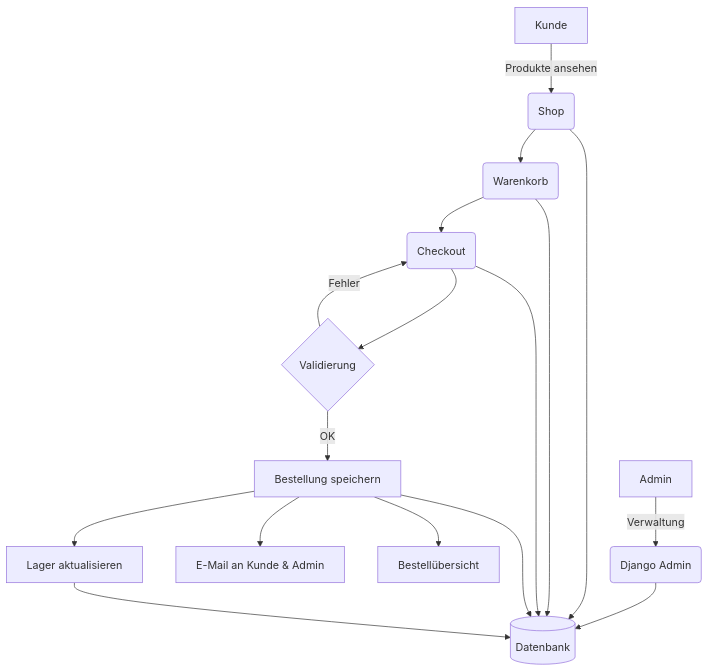
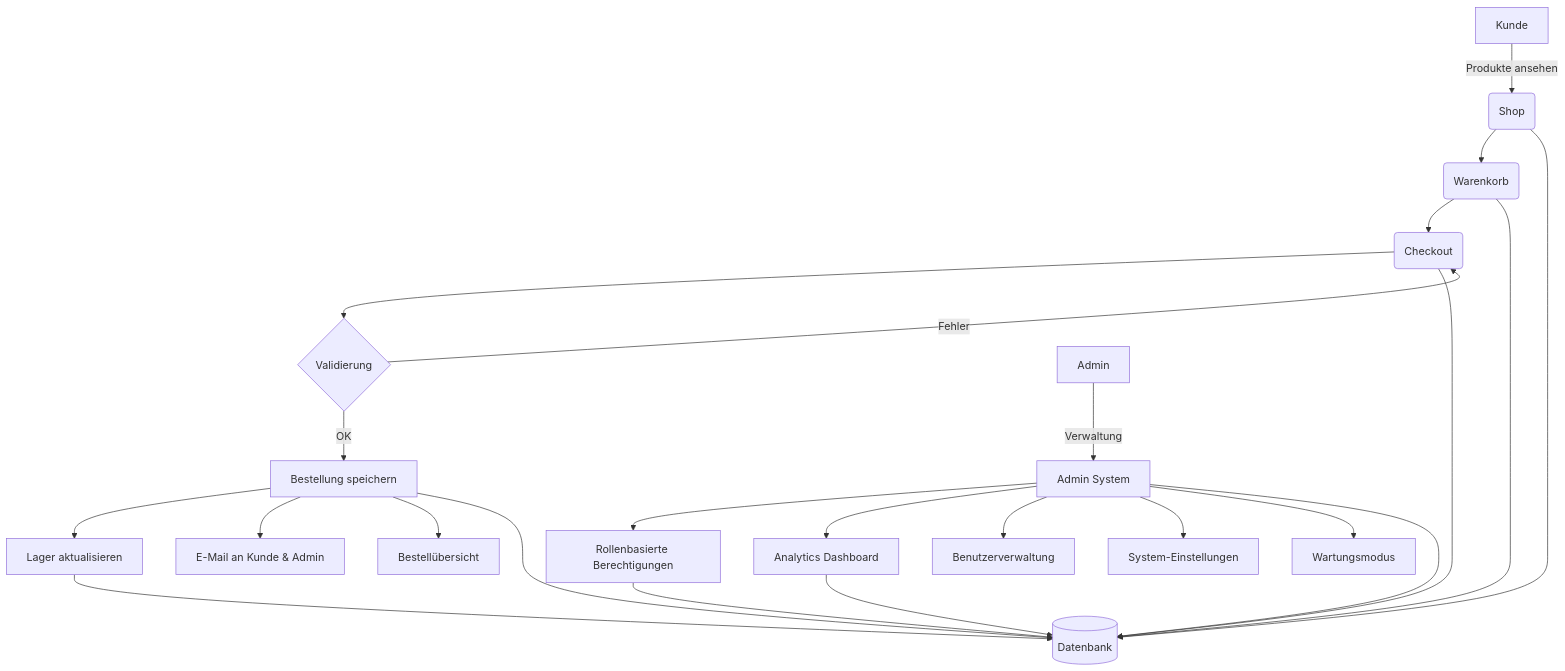
Before and after one commit to andreaseirich/honey-treasures: the diagram in docs/ARCHITEKTUR.md, drawn with Mermaid. The commit also changed other lines of this file and 4 other files, not shown here.

First line of the commit message:
docs: Erweiterte Admin-System Dokumentation

````diff
--- a/docs/ARCHITEKTUR.md
+++ b/docs/ARCHITEKTUR.md
@@ -19,19 +20,28 @@
 ```mermaid
 graph TD
     U[Kunde] -->|"Produkte ansehen"| S(Shop)
     S --> W(Warenkorb)
     W --> C(Checkout)
     C --> V{Validierung}
     V -- OK --> B[Bestellung speichern]
     B --> L[Lager aktualisieren]
     B --> E[E-Mail an Kunde & Admin]
     B --> O[Bestellübersicht]
     V -- Fehler --> C
-    A[Admin] -->|"Verwaltung"| D(Django Admin)
-    D --> DB[(Datenbank)]
+    
+    A[Admin] -->|"Verwaltung"| AS[Admin System]
+    AS --> RB[Rollenbasierte Berechtigungen]
+    AS --> AD[Analytics Dashboard]
+    AS --> UM[Benutzerverwaltung]
+    AS --> SE[System-Einstellungen]
+    AS --> WM[Wartungsmodus]
+    
+    AS --> DB[(Datenbank)]
     S --> DB
     W --> DB
     C --> DB
     B --> DB
     L --> DB
+    RB --> DB
+    AD --> DB
 ```
````
